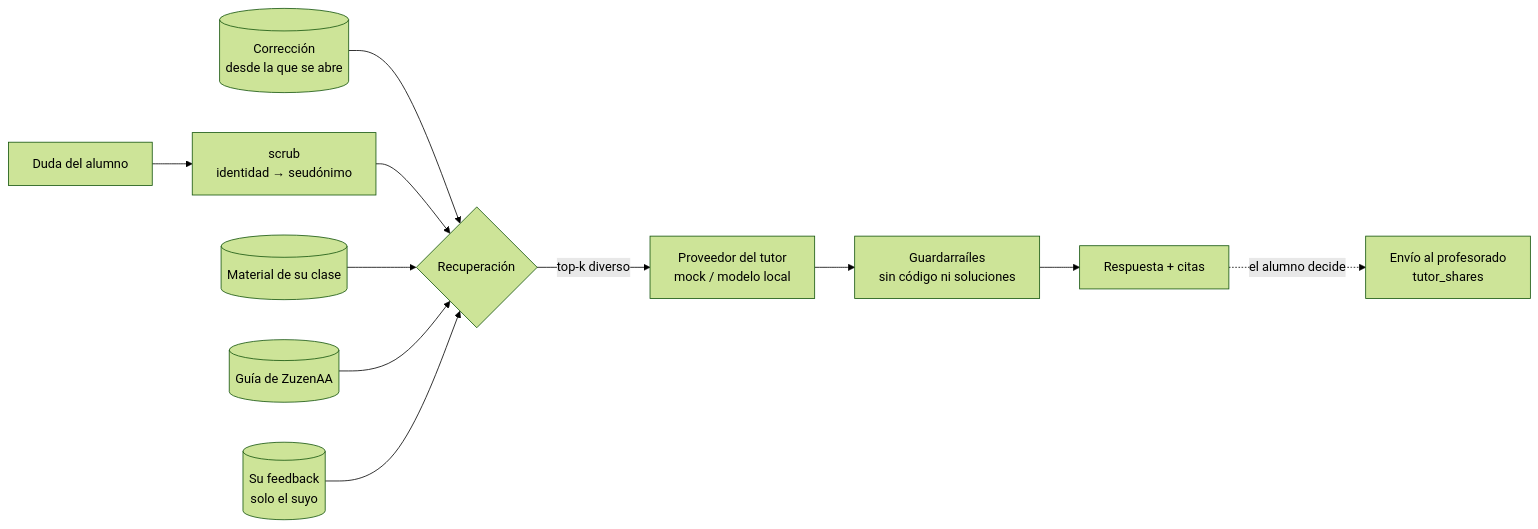
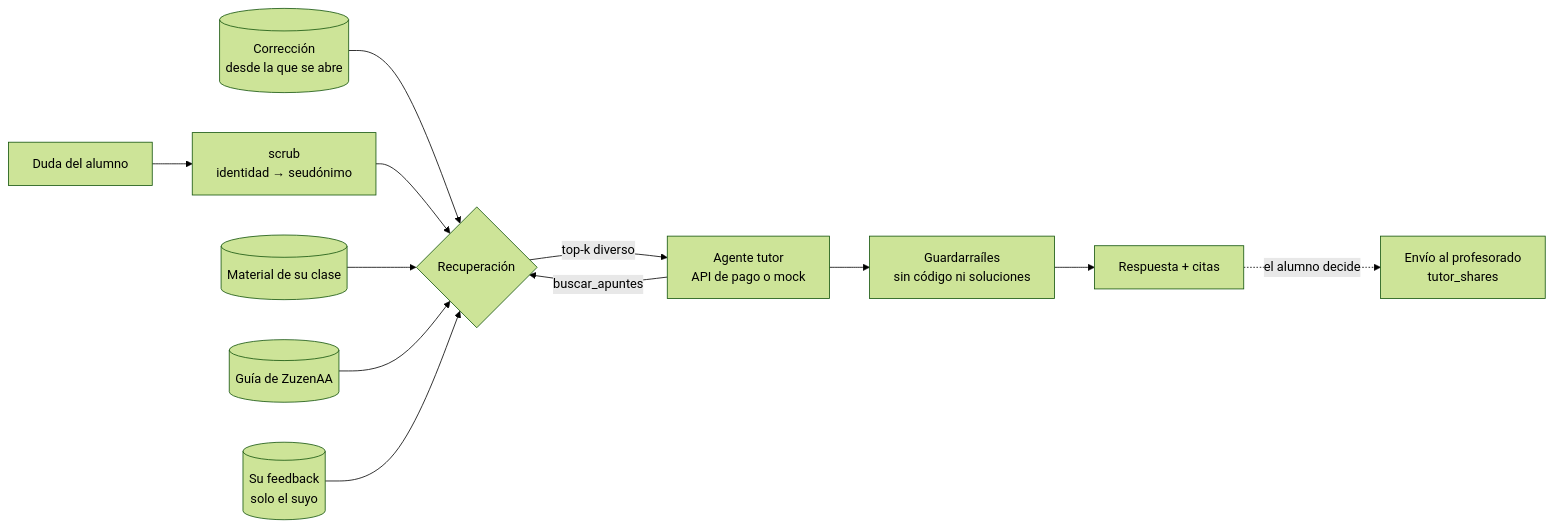
One commit to inigopa-cj/zuzenaa changed the second of 6 diagrams in docs/01-arquitectura.md. Above: the diagram before and after it, drawn with Mermaid (forest theme). The commit also changed other lines of this file and 20 other files, not shown here.

````diff
--- a/docs/01-arquitectura.md
+++ b/docs/01-arquitectura.md
@@ -68,13 +72,14 @@
 ```mermaid
 flowchart LR
     C[(Corrección<br/>desde la que se abre)] --> R
     Q[Duda del alumno] --> S[scrub<br/>identidad → seudónimo]
     S --> R{Recuperación}
     M[(Material de su clase)] --> R
     G[(Guía de ZuzenAA)] --> R
     F[(Su feedback<br/>solo el suyo)] --> R
-    R -->|top-k diverso| P[Proveedor del tutor<br/>mock / modelo local]
+    R -->|top-k diverso| P[Agente tutor<br/>API de pago o mock]
+    P -->|buscar_apuntes| R
     P --> GR[Guardarraíles<br/>sin código ni soluciones]
     GR --> A[Respuesta + citas]
     A -.->|el alumno decide| T[Envío al profesorado<br/>tutor_shares]
 ```
````
